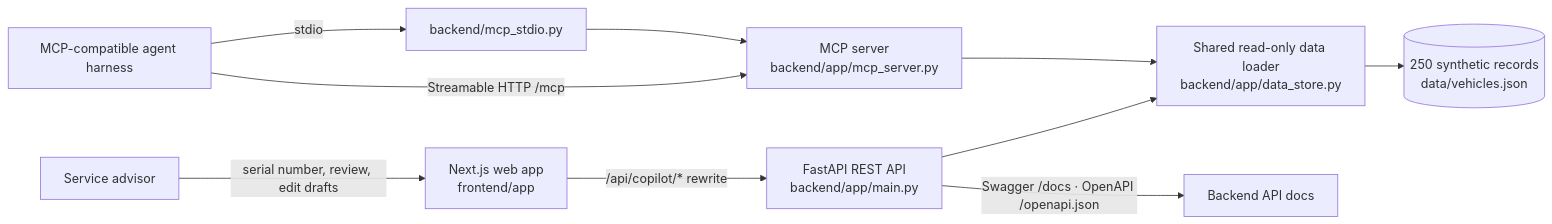
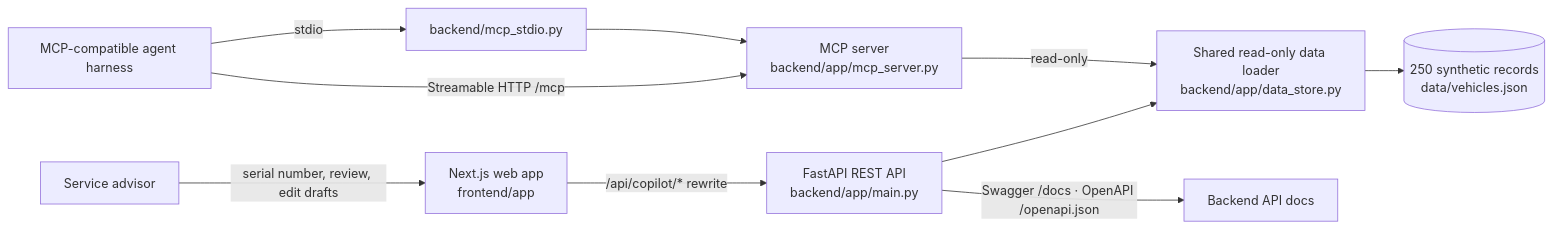
One commit to arsalanshakil-dev/service-lane-copilot changed the diagram in README.md. Above: the diagram before and after it, drawn with Mermaid. The commit also changed other lines of this file, not shown here.

Commit message:
docs: update architecture and guide for manual mileage (#6)

````diff
--- a/README.md
+++ b/README.md
@@ -13,12 +13,12 @@
 ```mermaid
 flowchart LR
     Advisor[Service advisor] -->|serial number, review, edit drafts| Web[Next.js web app\nfrontend/app]
     Web -->|/api/copilot/* rewrite| API[FastAPI REST API\nbackend/app/main.py]
     API --> Store[Shared read-only data loader\nbackend/app/data_store.py]
     Store --> Data[(250 synthetic records\ndata/vehicles.json)]
     Harness[MCP-compatible agent harness] -->|Streamable HTTP /mcp| MCP[MCP server\nbackend/app/mcp_server.py]
     Harness -->|stdio| Launcher[backend/mcp_stdio.py]
     Launcher --> MCP
-    MCP --> Store
+    MCP -->|read-only| Store
     API -->|Swagger /docs · OpenAPI /openapi.json| Docs[Backend API docs]
 ```
````
